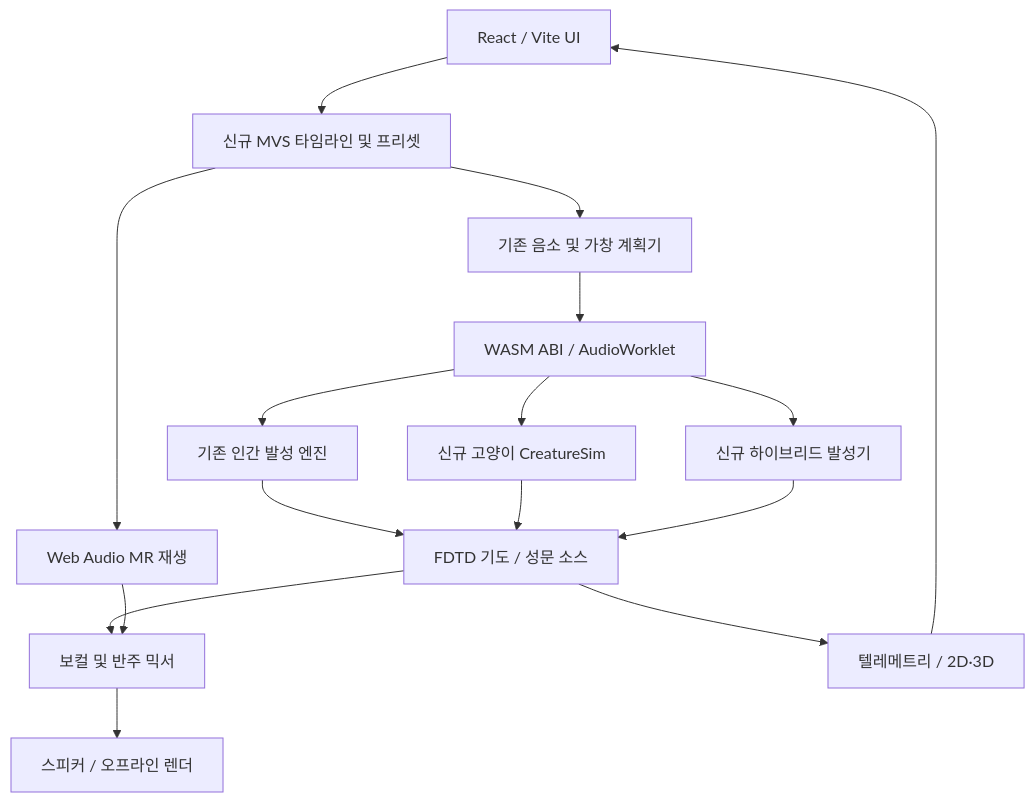
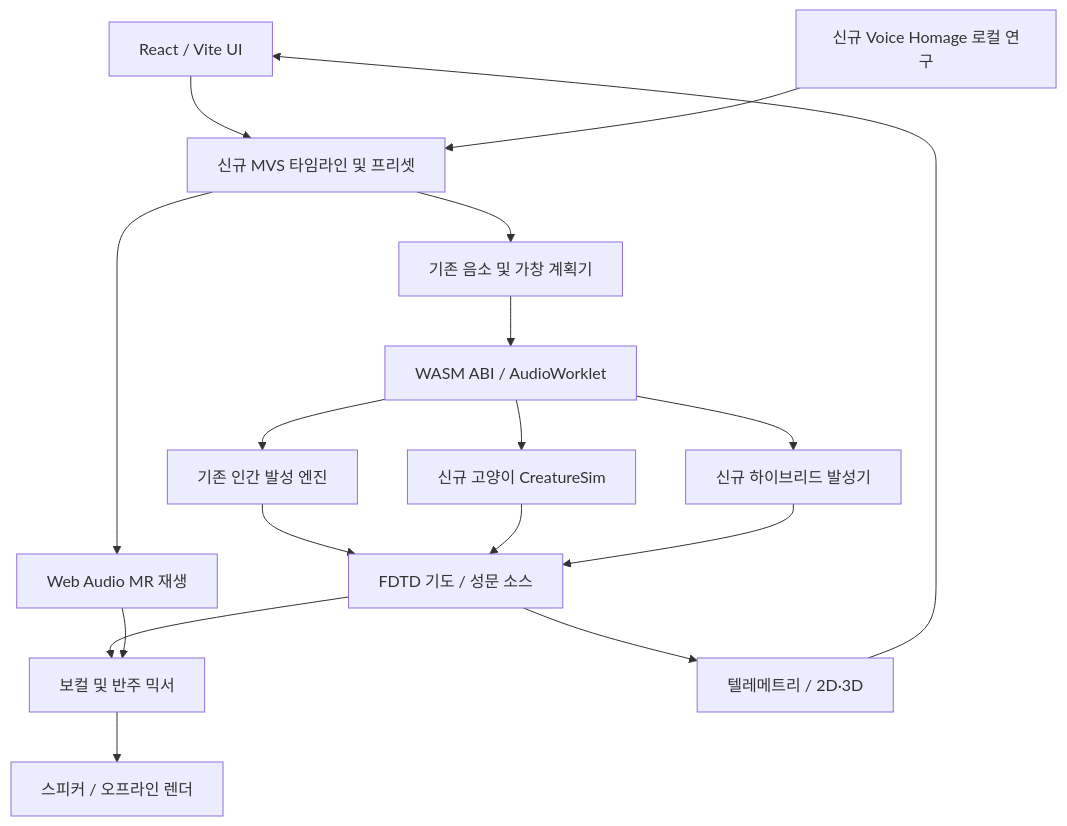
Before and after one commit to hslcrb/meow-voice-system: the diagram in docs/mvs/ARCHITECTURE.md, drawn with Mermaid. The commit also changed other lines of this file and 5 other files, not shown here.

First line of the commit message:
docs: define Voice Homage and responsible personalized singing research

```diff
--- a/docs/mvs/ARCHITECTURE.md
+++ b/docs/mvs/ARCHITECTURE.md
@@ -5,18 +5,19 @@
 ~~~mermaid
 flowchart TB
  UI[React / Vite UI] --> TL[신규 MVS 타임라인 및 프리셋]
+ VH[신규 Voice Homage 로컬 연구] --> TL
  TL --> G[기존 음소 및 가창 계획기]
  TL --> MR[Web Audio MR 재생]
  G --> ABI[WASM ABI / AudioWorklet]
  ABI --> H[기존 인간 발성 엔진]
  ABI --> C[신규 고양이 CreatureSim]
  ABI --> B[신규 하이브리드 발성기]
  H --> DSP[FDTD 기도 / 성문 소스]
  C --> DSP
  B --> DSP
  DSP --> MX[보컬 및 반주 믹서]
  MR --> MX
  DSP --> TELE[텔레메트리 / 2D·3D]
  TELE --> UI
  MX --> OUT[스피커 / 오프라인 렌더]
 ~~~
```
